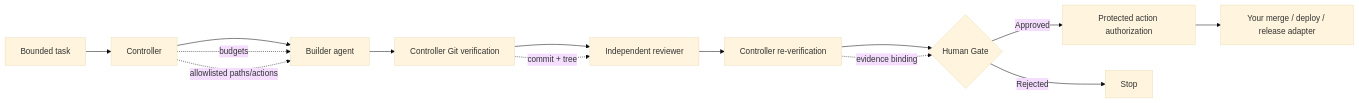
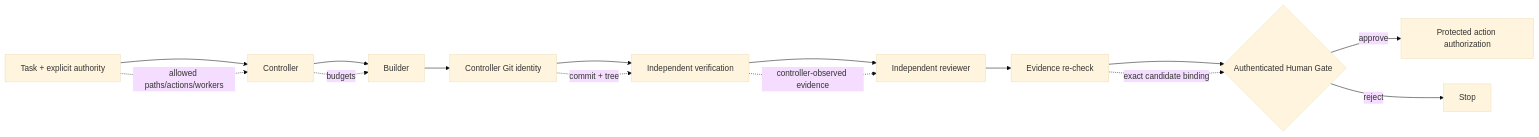
The diagram in README.md (steerion-labs/bounded-agent-runtime), drawn with Mermaid (base theme) before and after one commit. The commit also changed other lines of this file and 32 other files, not shown here.

Commit message:
feat: ship bounded agent runtime v0.3

````diff
--- a/README.md
+++ b/README.md
@@ -30,17 +29,18 @@
 ```mermaid
 flowchart LR
-    T[Bounded task] --> C[Controller]
-    C --> B[Builder agent]
-    B --> G1[Controller Git verification]
-    G1 --> R[Independent reviewer]
-    R --> G2[Controller re-verification]
-    G2 --> H{Human Gate}
-    H -->|Approved| A[Protected action authorization]
-    H -->|Rejected| S[Stop]
-    A --> X[Your merge / deploy / release adapter]
+    T[Task + explicit authority] --> C[Controller]
+    C --> B[Builder]
+    B --> G[Controller Git identity]
+    G --> V[Independent verification]
+    V --> R[Independent reviewer]
+    R --> E[Evidence re-check]
+    E --> H{Authenticated Human Gate}
+    H -->|approve| A[Protected action authorization]
+    H -->|reject| X[Stop]
 
     C -. budgets .-> B
-    C -. allowlisted paths/actions .-> B
-    G1 -. commit + tree .-> R
-    G2 -. evidence binding .-> H
+    T -. allowed paths/actions/workers .-> C
+    G -. commit + tree .-> V
+    V -. controller-observed evidence .-> R
+    E -. exact candidate binding .-> H
 ```
````
